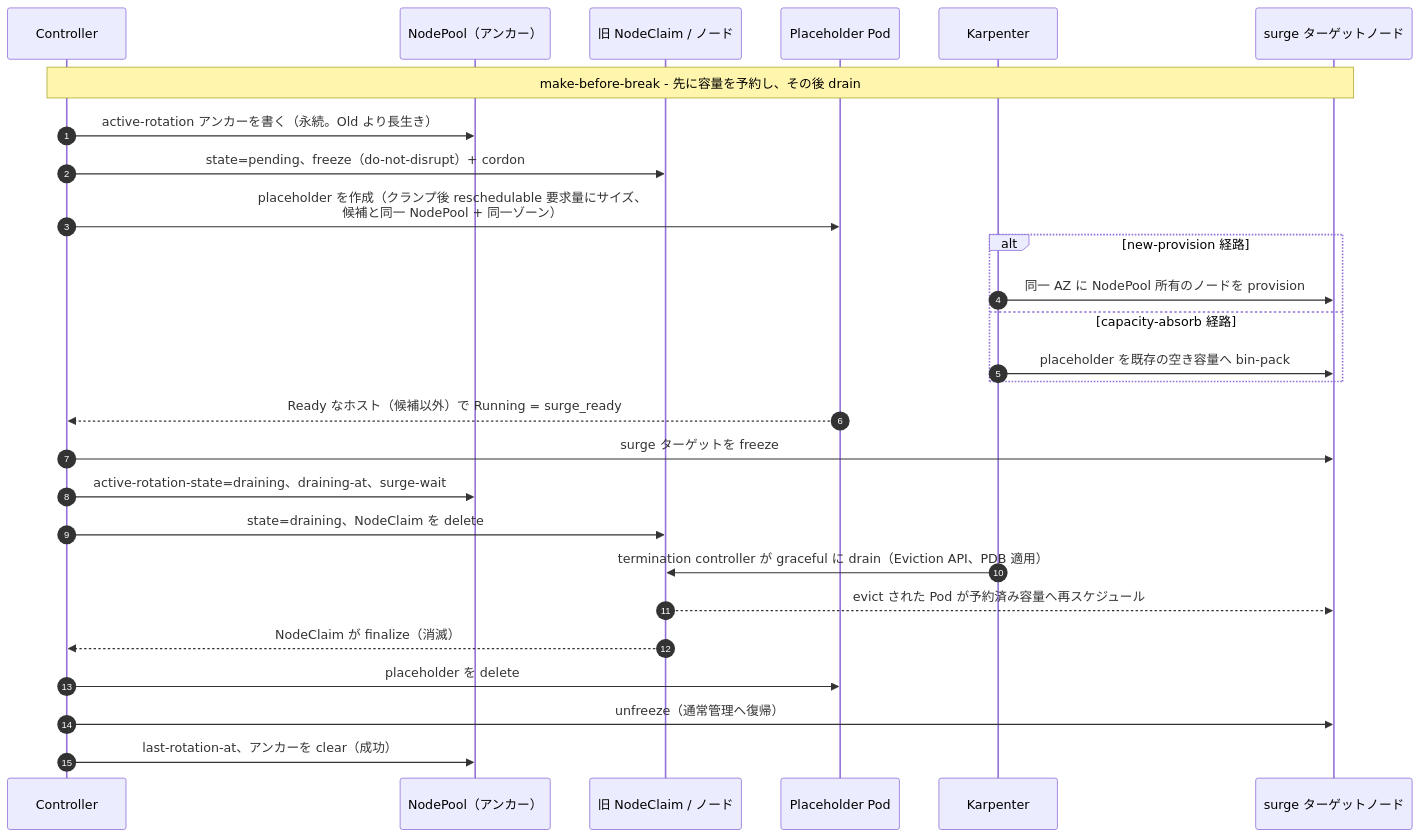
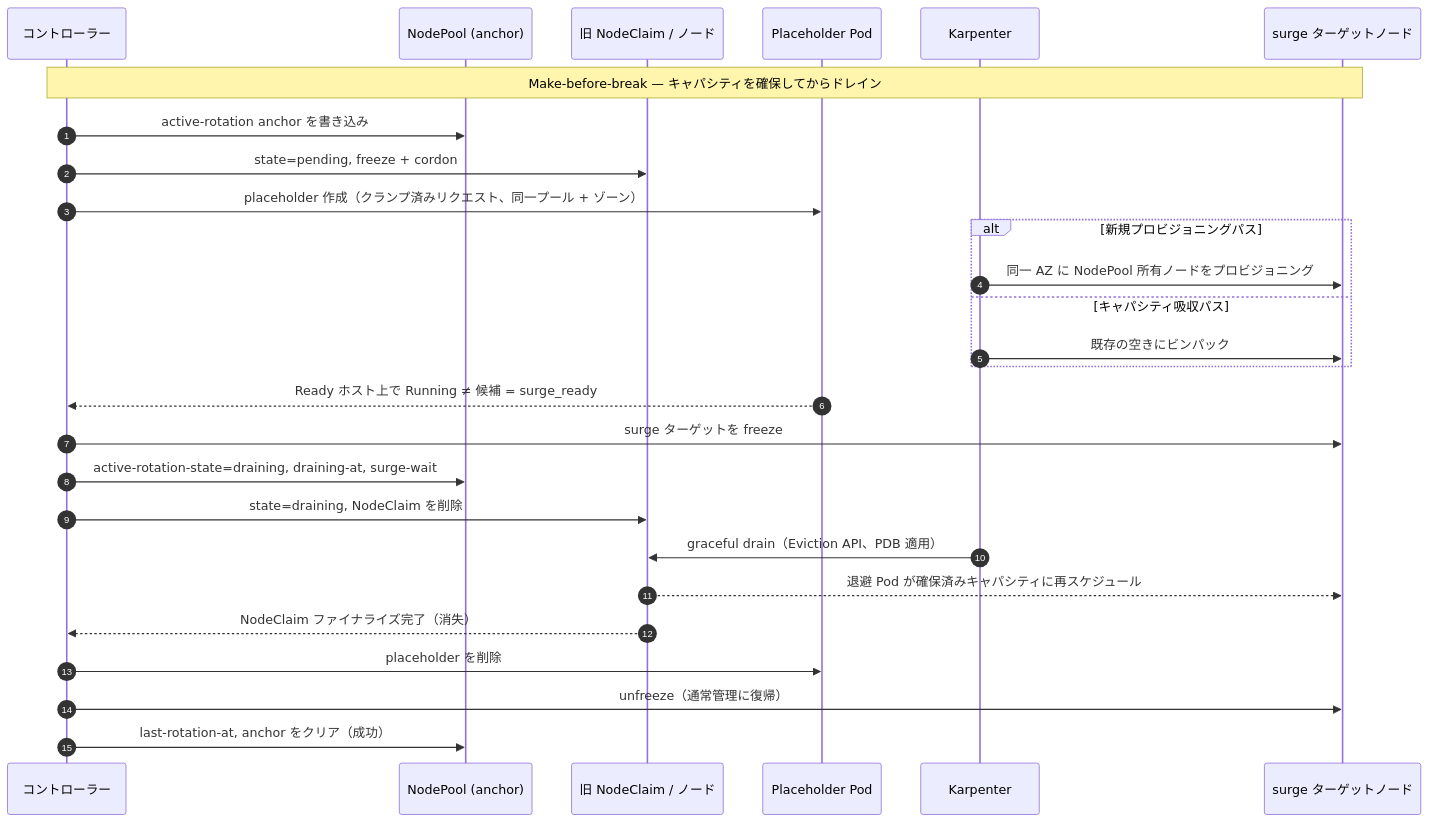
The fourth of 4 diagrams in docs/ja/specification/03-design.md (AkashiSN/node-rotation-controller), drawn with Mermaid before and after one commit. The commit also changed other lines of this file and 37 other files, not shown here.

````diff
--- a/docs/ja/specification/03-design.md
+++ b/docs/ja/specification/03-design.md
@@ -187,30 +276,30 @@
 ```mermaid
 sequenceDiagram
     autonumber
-    participant C as Controller
-    participant NP as NodePool（アンカー）
+    participant C as コントローラー
+    participant NP as NodePool (anchor)
     participant Old as 旧 NodeClaim / ノード
     participant PH as Placeholder Pod
     participant K as Karpenter
     participant New as surge ターゲットノード
 
-    Note over C,New: make-before-break - 先に容量を予約し、その後 drain
-    C->>NP: active-rotation アンカーを書く（永続。Old より長生き）
-    C->>Old: state=pending、freeze（do-not-disrupt）+ cordon
-    C->>PH: placeholder を作成（クランプ後 reschedulable 要求量にサイズ、<br/>候補と同一 NodePool + 同一ゾーン）
-    alt new-provision 経路
-        K->>New: 同一 AZ に NodePool 所有のノードを provision
-    else capacity-absorb 経路
-        K->>New: placeholder を既存の空き容量へ bin-pack
+    Note over C,New: Make-before-break — キャパシティを確保してからドレイン
+    C->>NP: active-rotation anchor を書き込み
+    C->>Old: state=pending, freeze + cordon
+    C->>PH: placeholder 作成（クランプ済みリクエスト、同一プール + ゾーン）
+    alt 新規プロビジョニングパス
+        K->>New: 同一 AZ に NodePool 所有ノードをプロビジョニング
+    else キャパシティ吸収パス
+        K->>New: 既存の空きにビンパック
     end
-    PH-->>C: Ready なホスト（候補以外）で Running = surge_ready
+    PH-->>C: Ready ホスト上で Running ≠ 候補 = surge_ready
     C->>New: surge ターゲットを freeze
-    C->>NP: active-rotation-state=draining、draining-at、surge-wait
-    C->>Old: state=draining、NodeClaim を delete
-    K->>Old: termination controller が graceful に drain（Eviction API、PDB 適用）
-    Old-->>New: evict された Pod が予約済み容量へ再スケジュール
-    Old-->>C: NodeClaim が finalize（消滅）
-    C->>PH: placeholder を delete
-    C->>New: unfreeze（通常管理へ復帰）
-    C->>NP: last-rotation-at、アンカーを clear（成功）
+    C->>NP: active-rotation-state=draining, draining-at, surge-wait
+    C->>Old: state=draining, NodeClaim を削除
+    K->>Old: graceful drain（Eviction API、PDB 適用）
+    Old-->>New: 退避 Pod が確保済みキャパシティに再スケジュール
+    Old-->>C: NodeClaim ファイナライズ完了（消失）
+    C->>PH: placeholder を削除
+    C->>New: unfreeze（通常管理に復帰）
+    C->>NP: last-rotation-at, anchor をクリア（成功）
 ```
````
